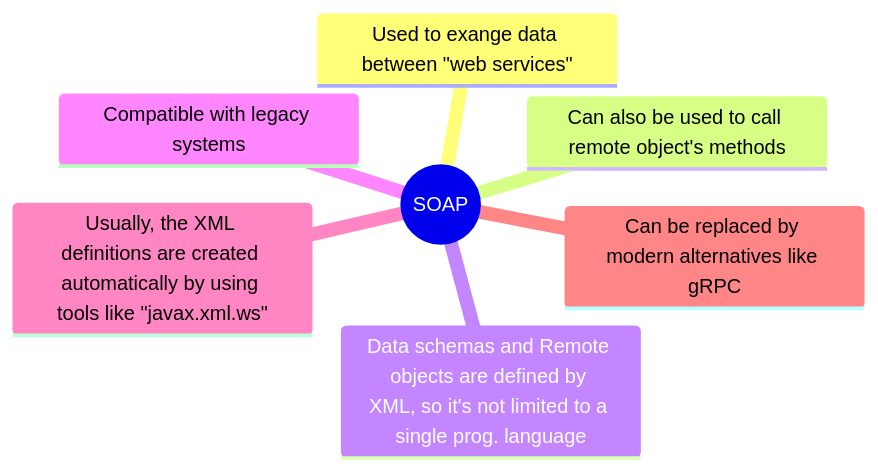
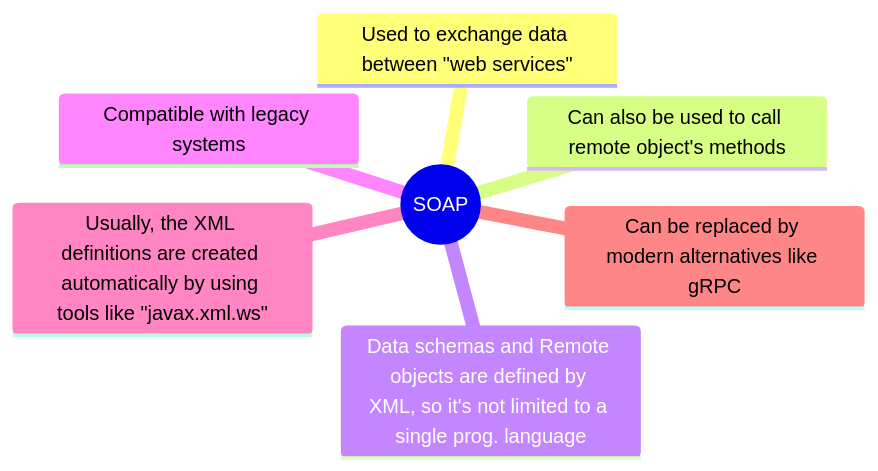
Before and after one commit to PedroChaparro/distributed-systems-subject: the diagram in mindmaps/soap.md, drawn with Mermaid. The commit also changed 2 other files, not shown here.

Commit message:
docs: Fix typos

````diff
--- a/mindmaps/soap.md
+++ b/mindmaps/soap.md
@@ -1,15 +1,15 @@
 ```mermaid
 mindmap
   root((SOAP))
-    Used to exange data between "web services"
+    Used to exchange data between "web services"
 
    Can also be used to call remote object's methods
 
    Data schemas and Remote objects are defined by XML, so it's not limited to a single prog. language
 
    Compatible with legacy systems
 
    Usually, the XML definitions are created automatically by using tools like "javax.xml.ws"
 
    Can be replaced by modern alternatives like gRPC
 ```
````
